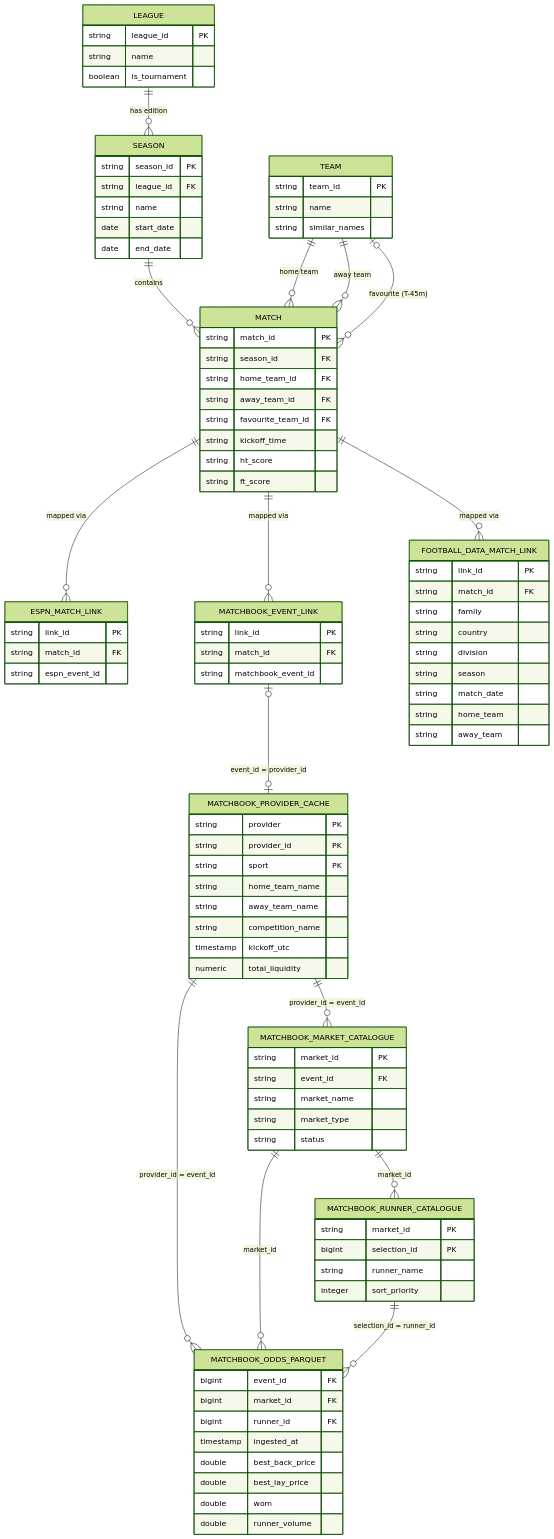
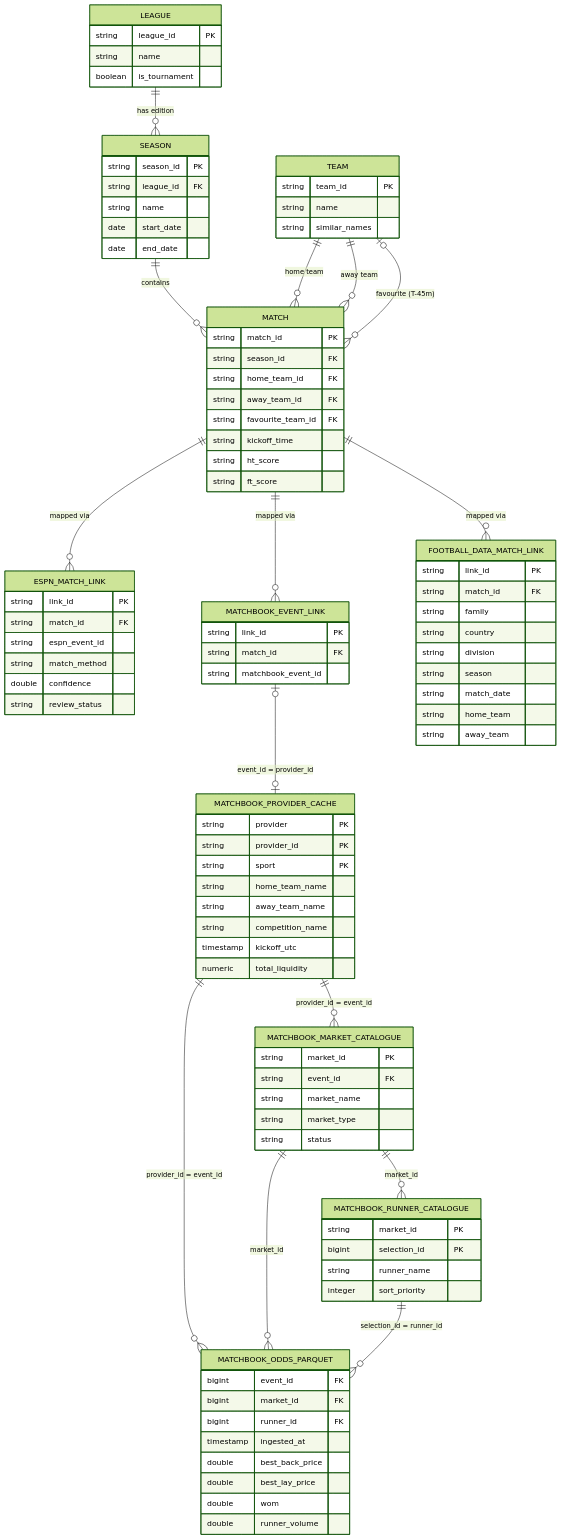
The diagram in ERD.md (dllewellyn/Sports-Data-Ingestion-Pipeline), drawn with Mermaid (forest theme) before and after one commit. The commit also changed other lines of this file and 2 other files, not shown here.

First line of the commit message:
feat(espn): conform espn_match_link with provenance columns + update ERD

```diff
--- a/ERD.md
+++ b/ERD.md
@@ -94,6 +97,9 @@
         string link_id PK
         string match_id FK
         string espn_event_id
+        string match_method
+        double confidence
+        string review_status
     }
     MATCHBOOK_EVENT_LINK {
         string link_id PK
```
